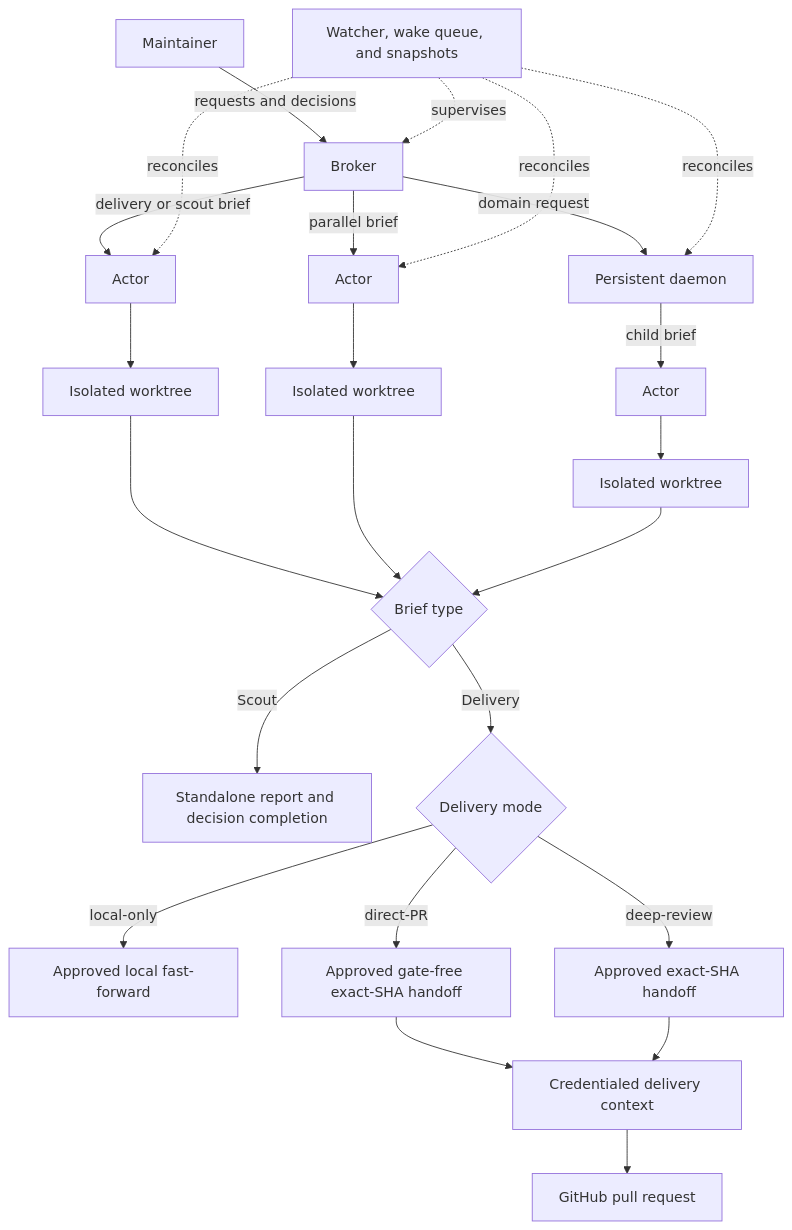
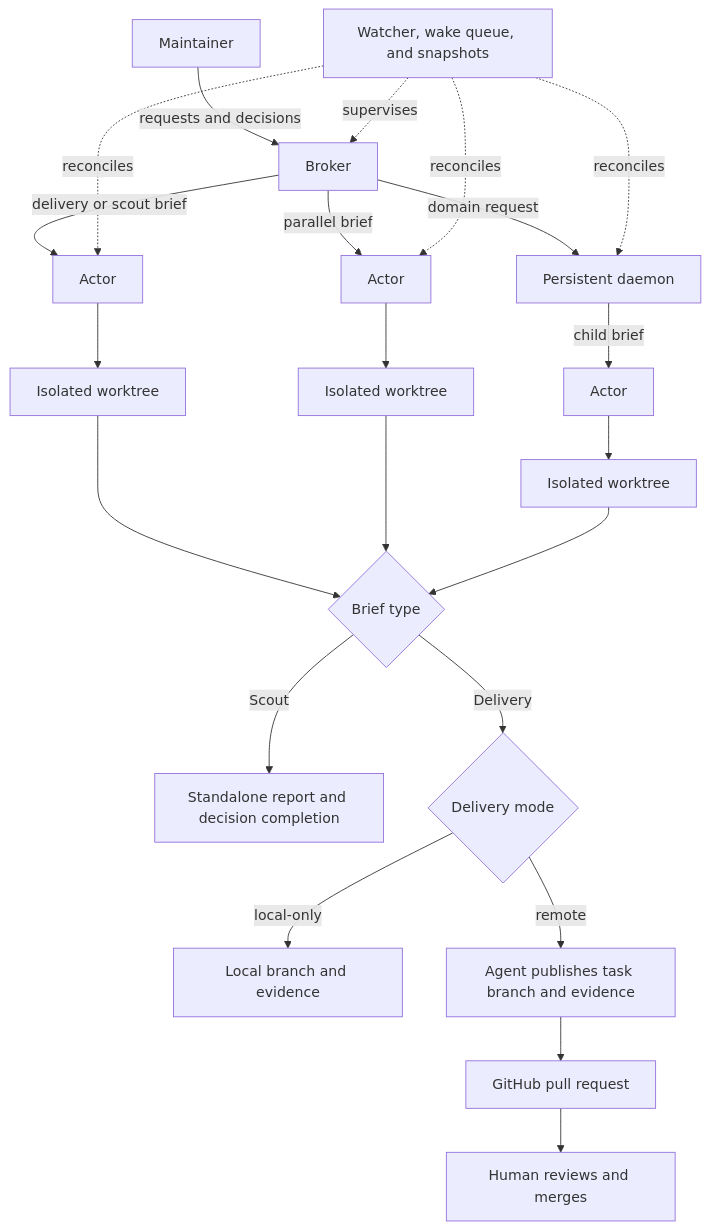
The diagram in README.md (KashyapTan/Multplx), drawn with Mermaid before and after one commit. The commit also changed other lines of this file and 56 other files, not shown here.

Commit message:
Implement lean redesign Phase 06 agent delivery and human merges

````diff
--- a/README.md
+++ b/README.md
@@ -97,26 +97,24 @@
 ```mermaid
 flowchart TB
     M[Maintainer] -->|requests and decisions| B[Broker]
     B -->|delivery or scout brief| A1[Actor]
     B -->|parallel brief| A2[Actor]
     B -->|domain request| D[Persistent daemon]
     D -->|child brief| A3[Actor]
     A1 --> W1[Isolated worktree]
     A2 --> W2[Isolated worktree]
     A3 --> W3[Isolated worktree]
     S[Watcher, wake queue, and snapshots] -. supervises .-> B
     S -. reconciles .-> A1
     S -. reconciles .-> A2
     S -. reconciles .-> D
     W1 --> T{Brief type}
     W2 --> T
     W3 --> T
     T -->|Scout| Q[Standalone report and decision completion]
     T -->|Delivery| L{Delivery mode}
-    L -->|local-only| F[Approved local fast-forward]
-    L -->|deep-review| G[Approved exact-SHA handoff]
-    L -->|direct-PR| I[Approved gate-free exact-SHA handoff]
-    I --> X
-    G --> X[Credentialed delivery context]
+    L -->|local-only| F[Local branch and evidence]
+    L -->|remote| X[Agent publishes task branch and evidence]
     X --> R[GitHub pull request]
+    R --> H[Human reviews and merges]
 ```
````
